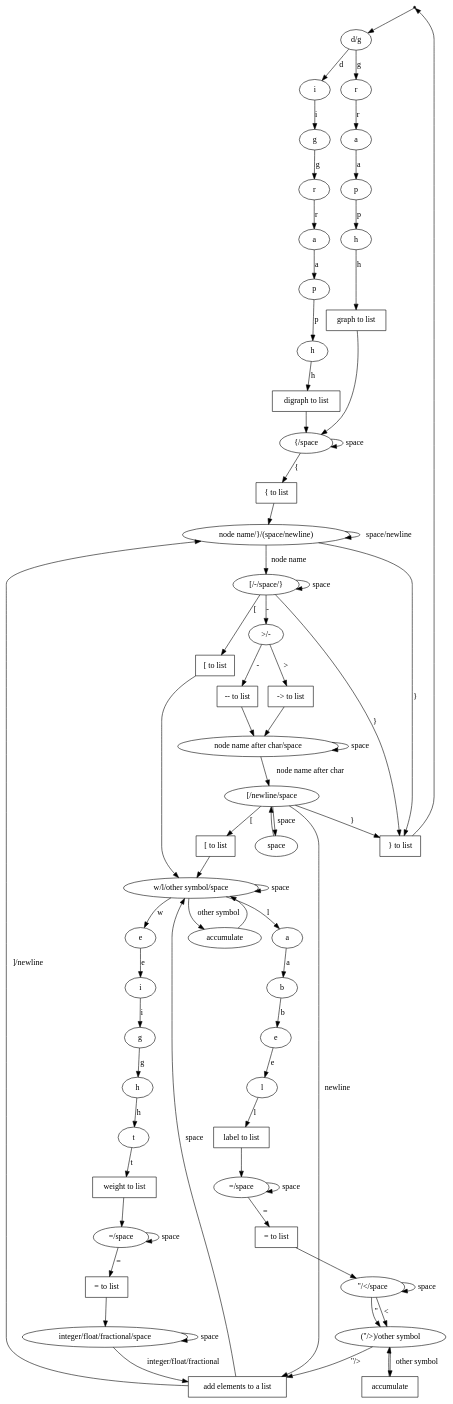
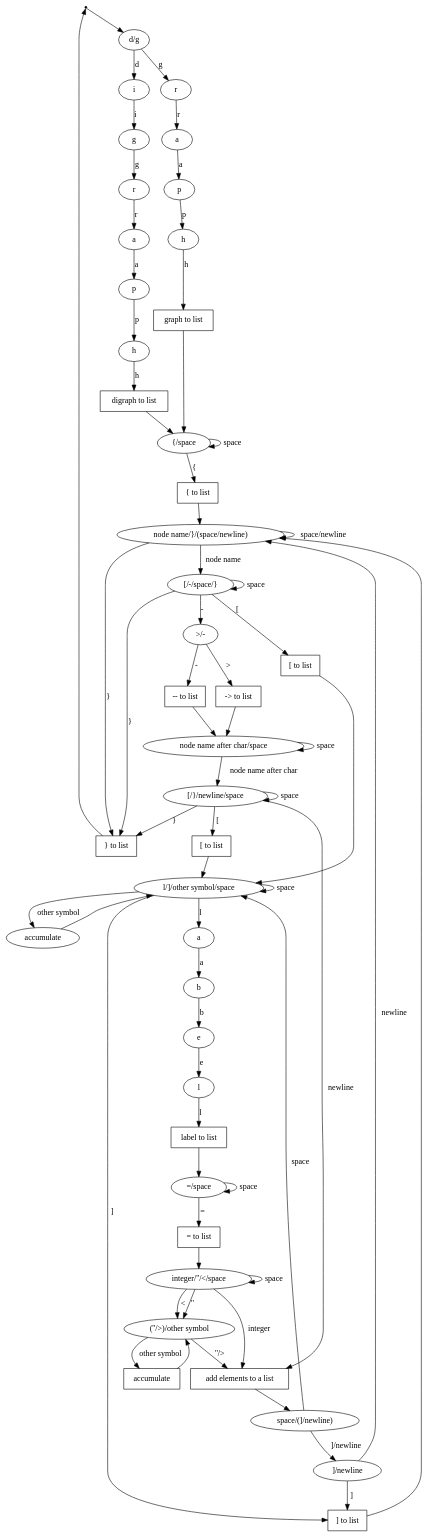
The diagram in data/proposal/symbols.gv (AshFungor/graph-serializer), drawn with Graphviz before and after one commit. The commit also changed other lines of this file and 6 other files, not shown here.

First line of the commit message:
fixed character graph (#19)

```diff
--- a/data/proposal/symbols.gv
+++ b/data/proposal/symbols.gv
@@ -1,135 +1,121 @@
 digraph {
 	start[shape="point"]
 
 	initial[shape="ellipse" label="d/g"]
 	start->initial
 
 	list [shape="box" label="add elements to a list"]
 
 	digraph_i [shape="ellipse" label="i"]
 	initial->digraph_i [label="d"]
 	digraph_g [shape="ellipse" label="g"]	
 	digraph_i->digraph_g [label="i"]
 	digraph_r [shape="ellipse" label="r"]
 	digraph_g->digraph_r [label="g"]
 	digraph_a [shape="ellipse" label="a"]
 	digraph_r->digraph_a [label="r"]
 	digraph_p [shape="ellipse" label="p"]
 	digraph_a->digraph_p [label="a"]
 	digraph_h [shape="ellipse" label="h"]
 	digraph_p->digraph_h [label="p"]
 	digraph_list [shape="box" label="digraph to list"]
 	digraph_h->digraph_list [label="h"]
 
 	graph_r [shape="ellipse" label="r"]
 	initial->graph_r [label="g"]
 	graph_a [shape="ellipse" label="a"]
 	graph_r->graph_a [label="r"]
 	graph_p [shape="ellipse" label="p"]
 	graph_a->graph_p [label="a"]
 	graph_h [shape="ellipse" label="h"]
 	graph_p->graph_h [label="p"]
 	graph_list [shape="box" label="graph to list"]
 	graph_h->graph_list [label="h"]
 	
 	open_g [shape="ellipse" label="{/space"]
 	open_g->open_g [label="space"]
 	digraph_list->open_g  
 	graph_list->open_g 
 	open_g_list [shape="box" label="{ to list"]
 	open_g->open_g_list [label="{"]
 	
 	node_name [shape="ellipse" label="node name/}/(space/newline)"]
 	node_name->node_name [label="space/newline"]
 	open_g_list->node_name  
 	choice_char [shape="ellipse" label="[/-/space/}"]
 	choice_char->choice_char [label="space"]
 	choice_char_list [shape="box" label="[ to list"]
 	choice_char->choice_char_list [label="["]
 	choice_char->end [label="}"]
 	node_name->choice_char [label="node name"]
 
 	transition [shape="ellipse" label=" >/- "]
 	transition_list1 [shape="box" label="-- to list"]
 	transition_list2 [shape="box" label="-> to list"]
 	transition->transition_list1 [label="-"]
 	transition->transition_list2 [label=">"]
 	choice_char->transition [label="-"]
 	end [shape="box" label="} to list"]
 	node_name->end [label="}"]	
 	
 	node_name2 [shape="ellipse" label="node name after char/space"]
 	node_name2->node_name2 [label="space"]
-	param_node [shape="ellipse" label="[/newline/space"]
-	param_node->space [label="space"]
+	param_node [shape="ellipse" label="[/}/newline/space"]
+	param_node->param_node [label="space"]
 	param_node->end [label="}"]
-	space->param_node
 	transition_list1->node_name2 
 	transition_list2->node_name2 
 	node_name2->param_node [label="node name after char"]
 	param_node_list [shape="box" label="[ to list"]
 	param_node->param_node_list [label=" [ "]
 	param_node->list [label=" newline "]
 	param_node_list->attr
-
-	list->node_name [label=" ]/newline "]
-	list->attr [label=" space"]
 	
-	attr [shape="ellipse" label="w/l/other symbol/space"]
+	attr [shape="ellipse" label="l/]/other symbol/space"]
+	close_square_list [shape = "box" label = "] to list"] 
+	attr->close_square_list [label = " ] "]
+	close_square_list->node_name
 	attr->attr [label="space"]
 	choice_char_list->attr 
 
-	attr_weight_e [shape="ellipse" label="e"]
-	attr->attr_weight_e [label="w"]
-	attr_weight_i [shape="ellipse" label="i"]
-	attr_weight_e->attr_weight_i [label="e"]
-	attr_weight_g [shape="ellipse" label="g"]
-	attr_weight_i->attr_weight_g [label="i"]
-	attr_weight_h [shape="ellipse" label="h"]
-	attr_weight_g->attr_weight_h [label="g"]
-	attr_weight_t [shape="ellipse" label="t"]
-	attr_weight_h->attr_weight_t [label="h"]
-	attr_weight_list [shape="box" label="weight to list"]
-	attr_weight_t->attr_weight_list [label="t"]
-	attr_weight_equals [shape="ellipse" label="=/space"]
-	attr_weight_equals->attr_weight_equals [label = "space"]
-	attr_weight_equals_list [shape="box" label="= to list"]
-	attr_weight_equals->attr_weight_equals_list [label="="]
-	attr_weight_list->attr_weight_equals 
-	attr_weight_value [shape="ellipse" label="integer/float/fractional/space"]
-	attr_weight_value->attr_weight_value [label="space"]
-	attr_weight_equals_list->attr_weight_value 
-	attr_weight_value->list [label="integer/float/fractional"]
+	list_choice [shape="ellipse" label=" space/(]/newline) "]
+	list_choice_second [shape="ellipse" label=" ]/newline "]
+	list->list_choice
+	list_choice->attr [label=" space "]
+	list_choice->list_choice_second [label=" ]/newline "]
+	list_choice_second->node_name [label=" newline " ]
+	list_choice_second->close_square_list [label=" ] "]
 
 	attr_label_a [shape="ellipse" label="a"]
 	attr->attr_label_a [label="l"]
 	attr_label_b [shape="ellipse" label="b"]
 	attr_label_a->attr_label_b [label="a"]
 	attr_label_e [shape="ellipse" label="e"]
 	attr_label_b->attr_label_e [label="b"]
 	attr_label_l [shape="ellipse" label="l"]
 	attr_label_e->attr_label_l [label="e"]
 	attr_label_list1 [shape="box" label="label to list"]
 	attr_label_l->attr_label_list1 [label="l"]
 	attr_label_equals [shape="ellipse" label="=/space"]
 	attr_label_equals->attr_label_equals [label="space"]
 	attr_label_list1->attr_label_equals 
 	attr_label_equals_list [shape="box" label="= to list"]
 	attr_label_equals->attr_label_equals_list [label="="]
-	attr_label_open [shape="ellipse" label="''/</space"]
+	attr_label_open [shape="ellipse" label="integer/''/</space"]
 	attr_label_open->attr_label_open [label="space"]
 	attr_label_equals_list->attr_label_open 
 	attr_label_value [shape="ellipse" label="(''/>)/other symbol"]
+	attr_label_open->list [label="integer"]
 	attr_label_open->attr_label_value [label="<"]
 	attr_label_open->attr_label_value [label="''"]
 	attr_label_list [shape="box" label="accumulate"]
 	attr_label_value->attr_label_list [label="other symbol"]
 	attr_label_list->attr_label_value 
 	attr_label_value->list [label="''/>"]
 
 	arrt_list [shape="ellipse" label="accumulate"]
 	attr->arrt_list [label="other symbol"]
 	arrt_list->attr
 
 	end->start
 }
```
